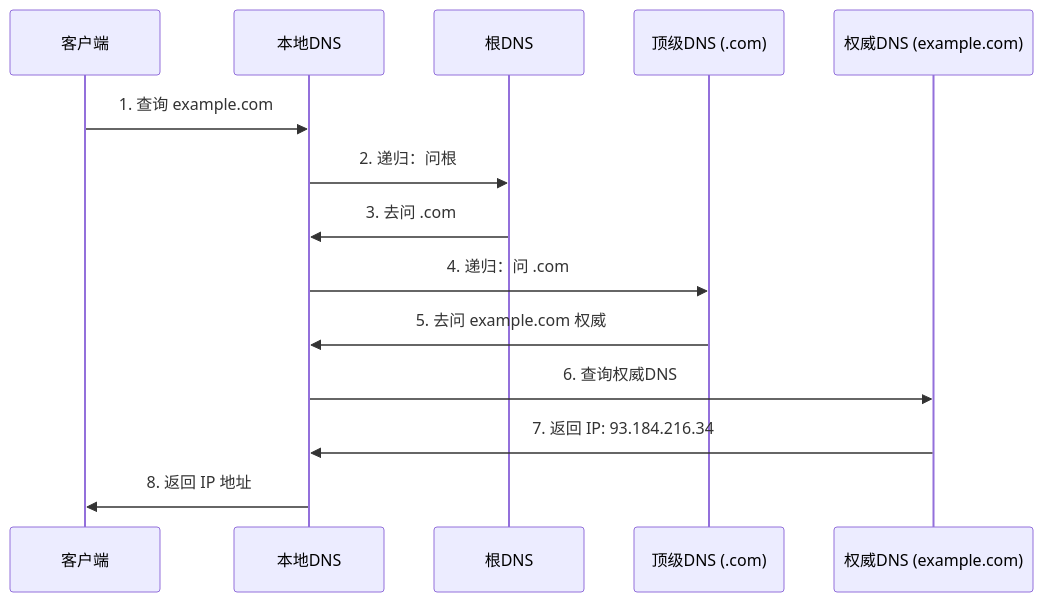
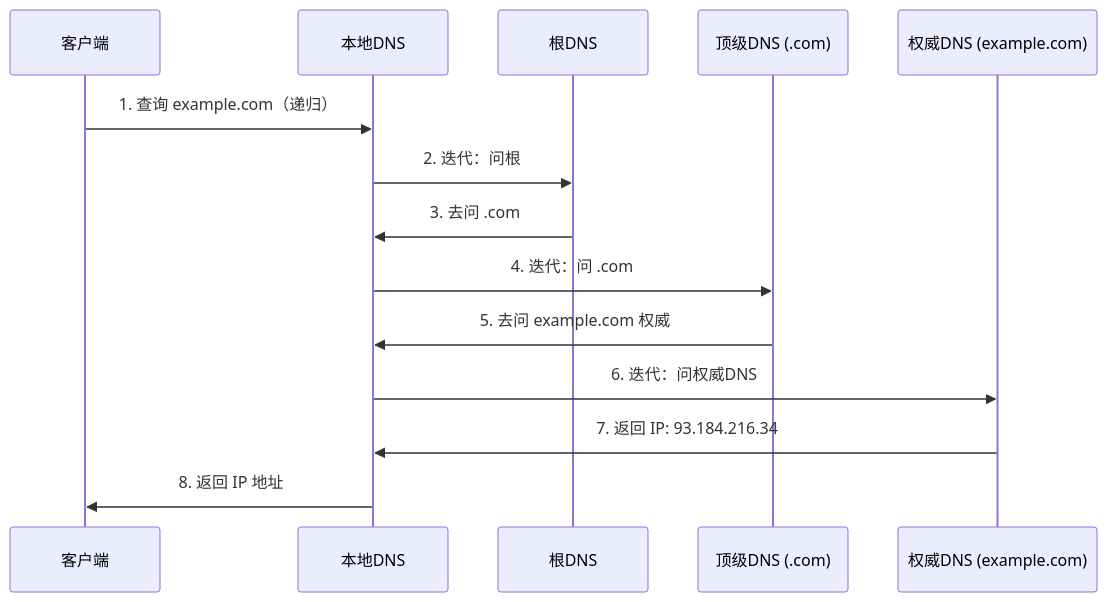
The diagram in docs/网络/dns-cdn.md (zjh42139/interview-notes), drawn with Mermaid before and after one commit. The commit also changed 54 other files, not shown here.

````diff
--- a/docs/网络/dns-cdn.md
+++ b/docs/网络/dns-cdn.md
@@ -28,17 +28,17 @@
 ```mermaid
 sequenceDiagram
     participant C as 客户端
     participant L as 本地DNS
     participant R as 根DNS
     participant T as 顶级DNS (.com)
     participant A as 权威DNS (example.com)
 
-    C->>L: 1. 查询 example.com
-    L->>R: 2. 递归：问根
+    C->>L: 1. 查询 example.com（递归）
+    L->>R: 2. 迭代：问根
     R->>L: 3. 去问 .com
-    L->>T: 4. 递归：问 .com
+    L->>T: 4. 迭代：问 .com
     T->>L: 5. 去问 example.com 权威
-    L->>A: 6. 查询权威DNS
+    L->>A: 6. 迭代：问权威DNS
     A->>L: 7. 返回 IP: 93.184.216.34
     L->>C: 8. 返回 IP 地址
 ```
````
